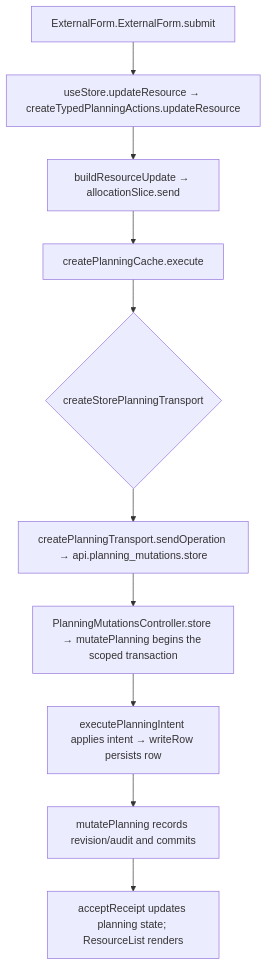
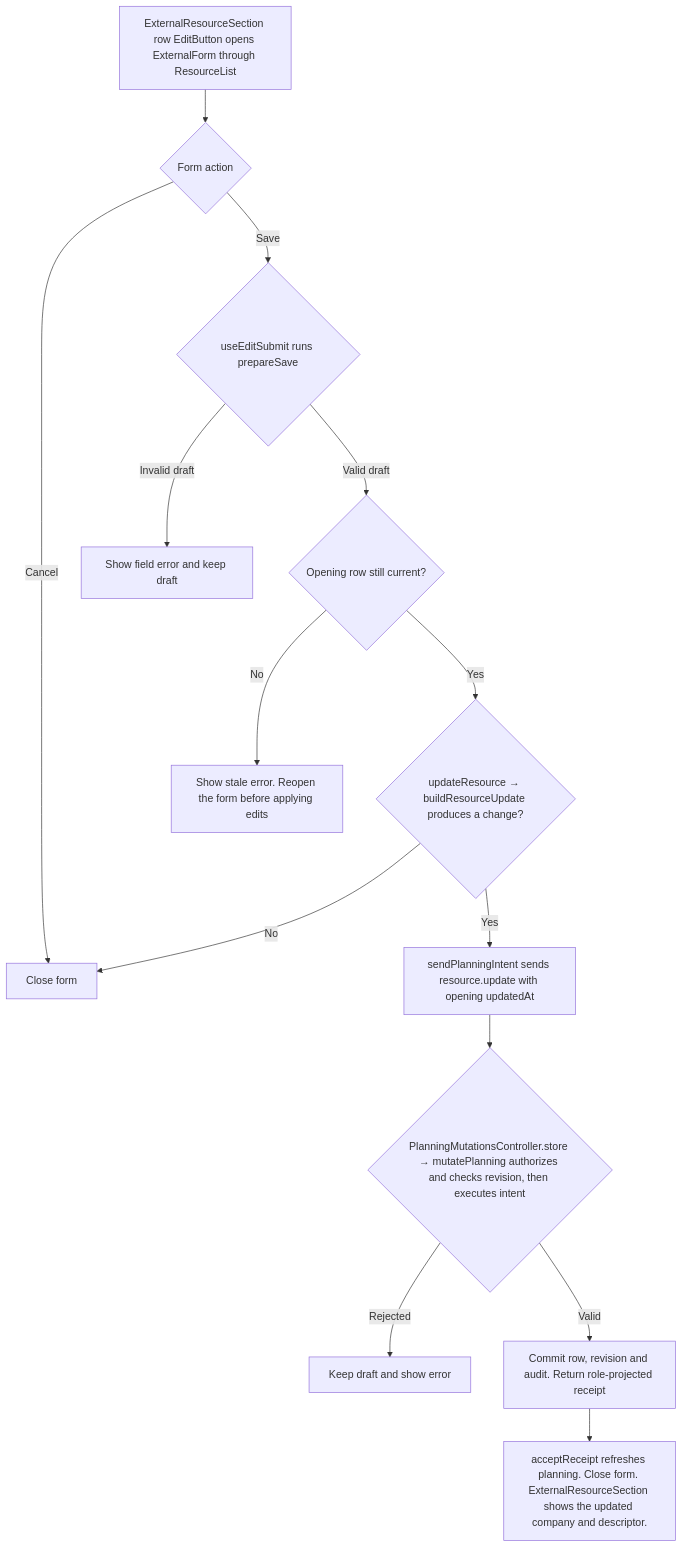
Before and after one commit to Kevinjohn/capacitylens: the second of 2 diagrams in user-stories/resources/US-RES-15-edit-external-party.md, drawn with Mermaid. The commit also changed other lines of this file and 172 other files, not shown here.

Commit message:
docs: reconcile user story code flows with source

````diff
--- a/user-stories/resources/US-RES-15-edit-external-party.md
+++ b/user-stories/resources/US-RES-15-edit-external-party.md
@@ -34,8 +34,16 @@
 ```mermaid
 flowchart TD
-  A["ExternalForm.ExternalForm.submit"] --> B["useStore.updateResource → createTypedPlanningActions.updateResource"]
-  B --> C["buildResourceUpdate → allocationSlice.send"]
-  C --> D["createPlanningCache.execute"] --> E{"createStorePlanningTransport"}
-  E --> F["createPlanningTransport.sendOperation → api.planning_mutations.store"] --> G["PlanningMutationsController.store → mutatePlanning begins the scoped transaction"]
-  G --> H["executePlanningIntent applies intent → writeRow persists row"] --> K["mutatePlanning records revision/audit and commits"] --> J["acceptReceipt updates planning state; ResourceList renders"]
+  ENTRY["ExternalResourceSection row EditButton opens ExternalForm through ResourceList"] --> ACTION{"Form action"}
+  ACTION -->|Cancel| CLOSE["Close form"]
+  ACTION -->|Save| FORM{"useEditSubmit runs prepareSave"}
+  FORM -->|Invalid draft| FIELD["Show field error and keep draft"]
+  FORM -->|Valid draft| STALE{"Opening row still current?"}
+  STALE -->|No| REOPEN["Show stale error. Reopen the form before applying edits"]
+  STALE -->|Yes| DIFF{"updateResource → buildResourceUpdate produces a change?"}
+  DIFF -->|No| CLOSE
+  DIFF -->|Yes| SEND["sendPlanningIntent sends resource.update with opening updatedAt"]
+  SEND --> SERVER{"PlanningMutationsController.store → mutatePlanning authorizes and checks revision, then executes intent"}
+  SERVER -->|Rejected| ERROR["Keep draft and show error"]
+  SERVER -->|Valid| COMMIT["Commit row, revision and audit. Return role-projected receipt"]
+  COMMIT --> DONE["acceptReceipt refreshes planning. Close form. ExternalResourceSection shows the updated company and descriptor."]
 ```
````
